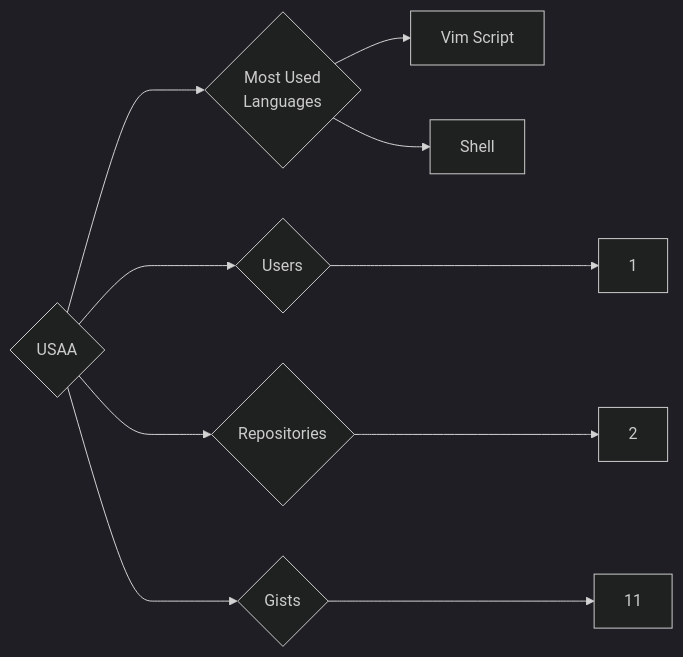
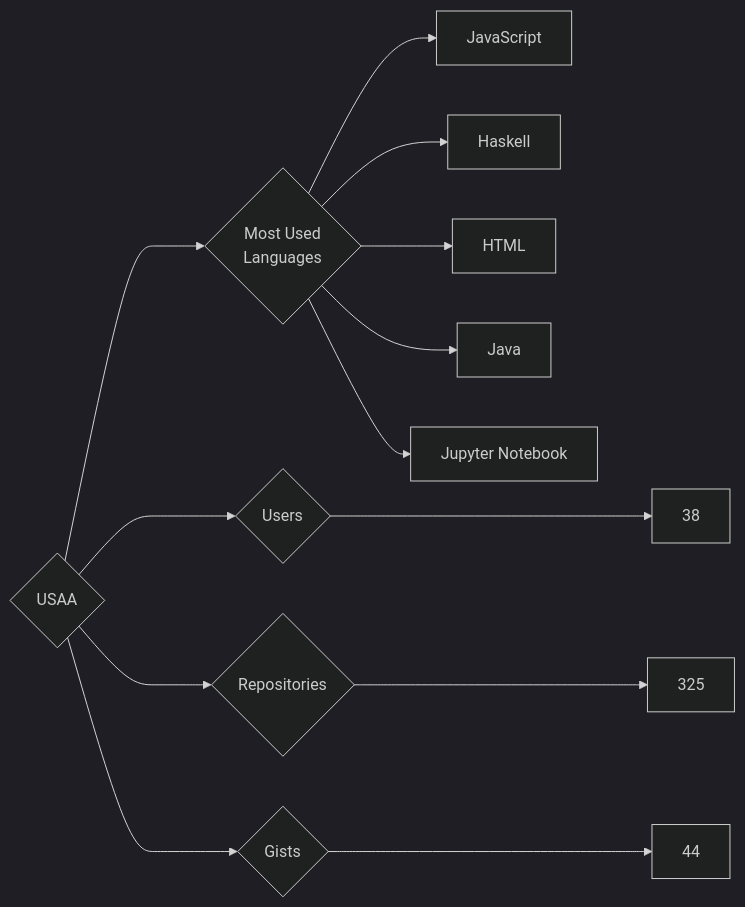
Before and after one commit to trickest/insiders: the diagram in targets/USAA/README.md, drawn with Mermaid (dark theme). The commit also changed 903 other files, not shown here.

````diff
--- a/targets/USAA/README.md
+++ b/targets/USAA/README.md
@@ -3,10 +3,13 @@
 ```mermaid
 graph LR
 COMPANY_NAME{USAA}
-COMPANY_NAME ---> U{Users} ---> UN[1]
-COMPANY_NAME ---> R{Repositories} ---> RN[2]
-COMPANY_NAME ---> G{Gists} ---> GN[11]
+COMPANY_NAME ---> U{Users} ---> UN[38]
+COMPANY_NAME ---> R{Repositories} ---> RN[325]
+COMPANY_NAME ---> G{Gists} ---> GN[44]
 COMPANY_NAME ---> ML{Most Used<br>Languages}
-ML --> Vim_Script[Vim Script]
-ML --> Shell[Shell]
+ML --> JavaScript[JavaScript]
+ML --> Haskell[Haskell]
+ML --> HTML[HTML]
+ML --> Java[Java]
+ML --> Jupyter_Notebook[Jupyter Notebook]
 ```
````
